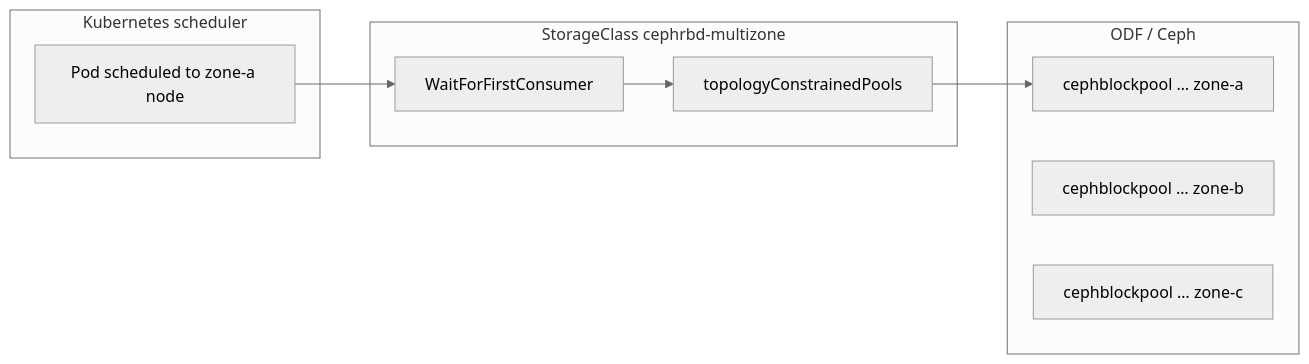
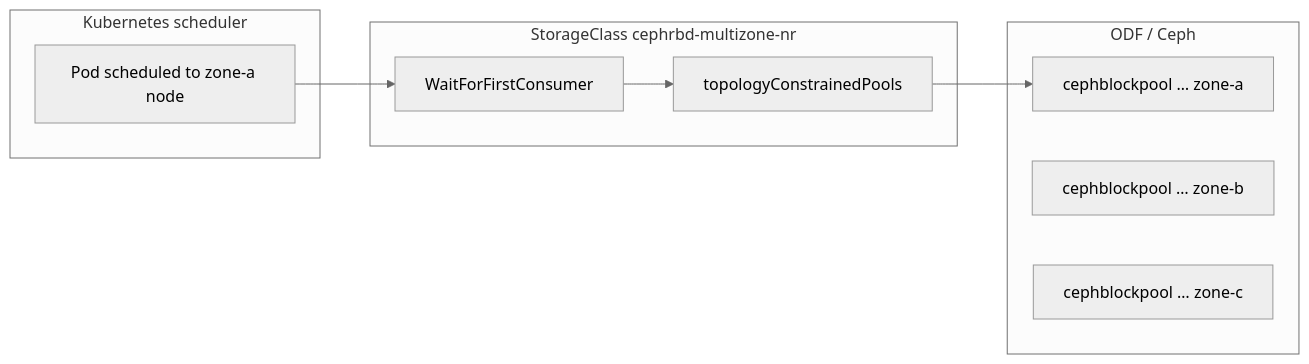
One commit to jsturma/pg-multizone changed the diagram in runbooks/openshift/ZONE-LOCAL-RBD.md. Above: the diagram before and after it, drawn with Mermaid (neutral theme). The commit also changed other lines of this file and 8 other files, not shown here.

````diff
--- a/runbooks/openshift/ZONE-LOCAL-RBD.md
+++ b/runbooks/openshift/ZONE-LOCAL-RBD.md
@@ -13,18 +13,18 @@
 ```mermaid
 flowchart LR
   subgraph sched [Kubernetes scheduler]
     Pod[Pod scheduled to zone-a node]
   end
-  subgraph sc [StorageClass cephrbd-multizone]
+  subgraph sc [StorageClass cephrbd-multizone-nr]
     WFFC[WaitForFirstConsumer]
     TCP[topologyConstrainedPools]
   end
   subgraph ceph [ODF / Ceph]
     PoolA[cephblockpool … zone-a]
     PoolB[cephblockpool … zone-b]
     PoolC[cephblockpool … zone-c]
   end
   Pod --> WFFC
   WFFC --> TCP
   TCP --> PoolA
 ```
````
